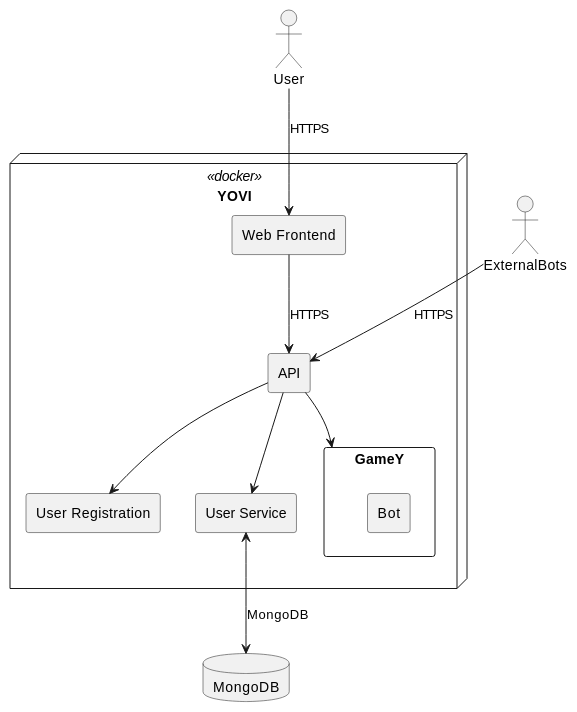
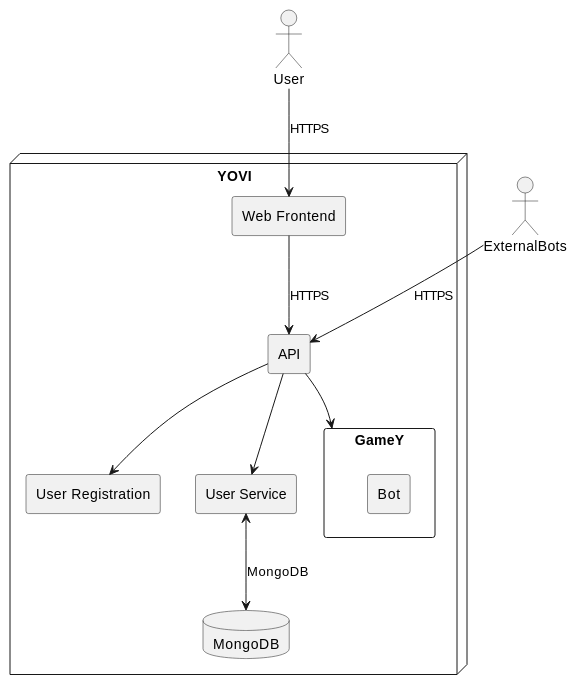
The second of 2 diagrams in docs/src/03_context_and_scope.adoc (Arquisoft/yovi_en3a), drawn with PlantUML before and after one commit.

Commit message:
[FIX] Documentation section 3: Context and scope

```diff
--- a/docs/src/03_context_and_scope.adoc
+++ b/docs/src/03_context_and_scope.adoc
@@ -92,31 +92,32 @@
 [plantuml, "Technical context",png]
 ----
 actor User
 actor ExternalBots as Bots
-database "MongoDB" as DB
 
-node "YOVI" <<docker>> {
+node "YOVI" {
 
     rectangle "Web Frontend" as Frontend
     
     rectangle "API" as API
     
     rectangle "User Registration" as Registration
     rectangle "User Service" as Service
     
     rectangle "GameY" as Game {
         rectangle "Bot"
     }
+
+    database "MongoDB" as DB
 }
 
 User --> Frontend : HTTPS
 Bots --> API : HTTPS
 
 Frontend --> API : HTTPS
 
 API --> Registration
 API --> Service
 API --> Game
 
 Service <--> DB : MongoDB
 ----
```
